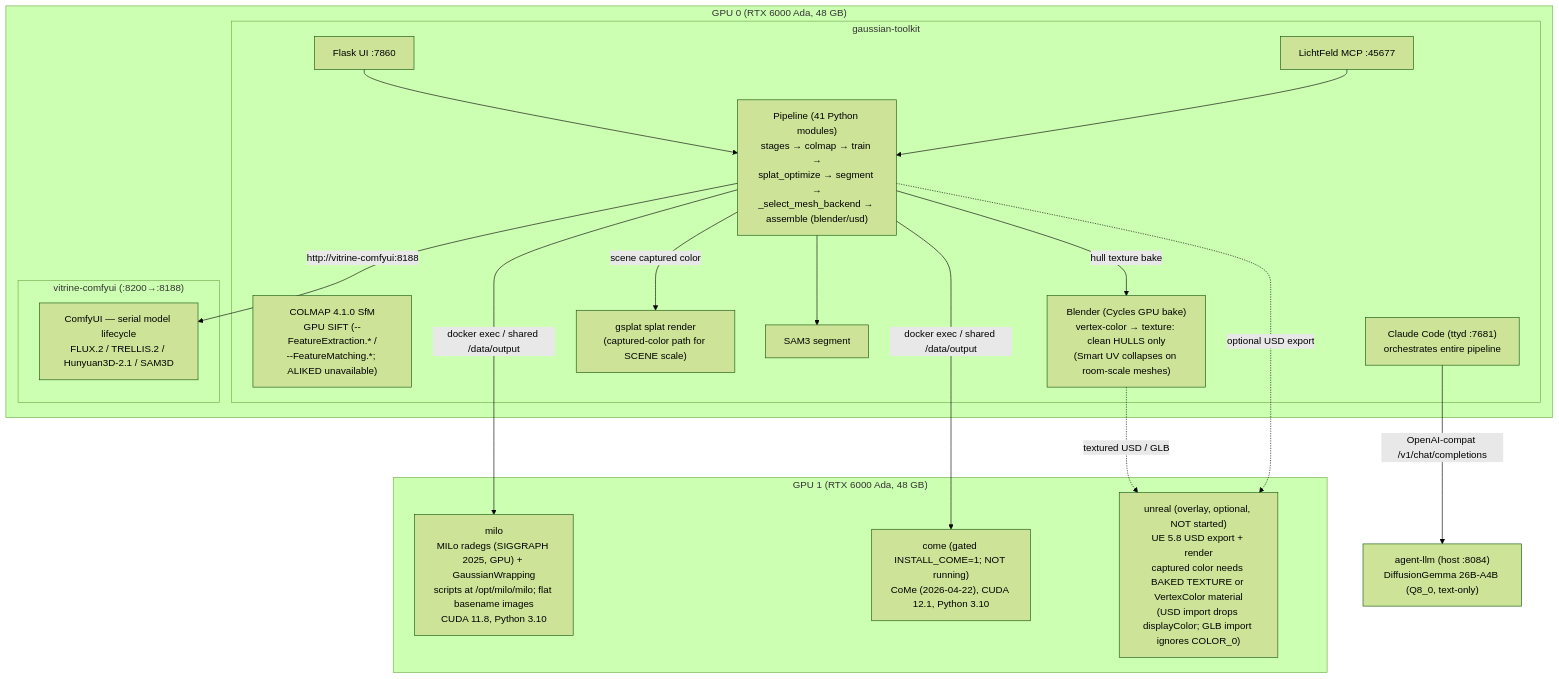
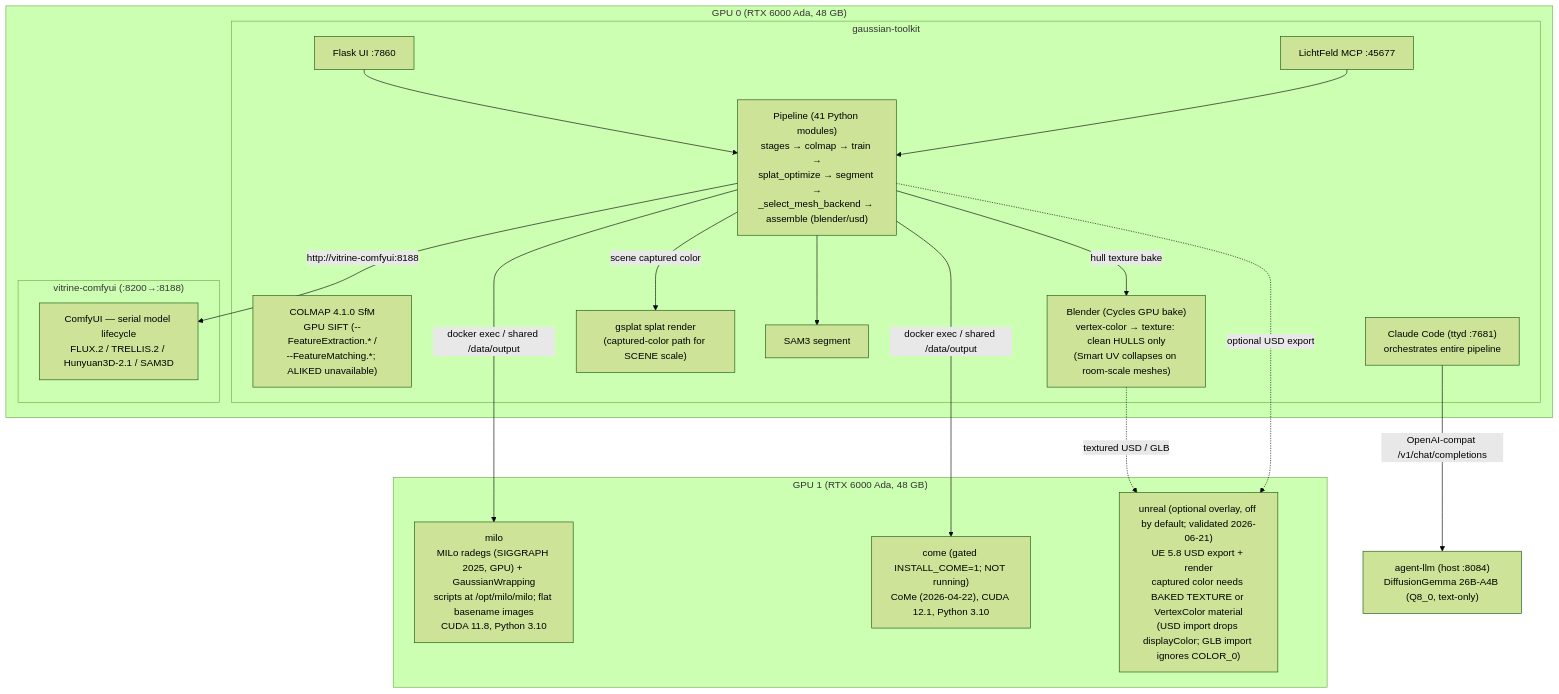
Before and after one commit to ArtechShadow/Vitrine: the diagram in docs/architecture.md, drawn with Mermaid (forest theme). The commit also changed other lines of this file and 21 other files, not shown here.

````diff
--- a/docs/architecture.md
+++ b/docs/architecture.md
@@ -85,38 +85,38 @@
 ```mermaid
 graph TB
   subgraph GPU0["GPU 0 (RTX 6000 Ada, 48 GB)"]
     subgraph GT["gaussian-toolkit"]
       FLASK["Flask UI :7860"]
       MCP["LichtFeld MCP :45677"]
       COLMAP["COLMAP 4.1.0 SfM<br/>GPU SIFT (--FeatureExtraction.* /<br/>--FeatureMatching.*; ALIKED unavailable)"]
       PIPE["Pipeline (41 Python modules)<br/>stages → colmap → train →<br/>splat_optimize → segment →<br/>_select_mesh_backend → assemble (blender/usd)"]
       BLENDER["Blender (Cycles GPU bake)<br/>vertex-color → texture: clean HULLS only<br/>(Smart UV collapses on room-scale meshes)"]
       SPLATRENDER["gsplat splat render<br/>(captured-color path for SCENE scale)"]
       SAM3["SAM3 segment"]
       CC["Claude Code (ttyd :7681)<br/>orchestrates entire pipeline"]
     end
     subgraph CFY["vitrine-comfyui (:8200→:8188)"]
       COMFY["ComfyUI — serial model lifecycle<br/>FLUX.2 / TRELLIS.2 / Hunyuan3D-2.1 / SAM3D"]
     end
   end
 
   subgraph GPU1["GPU 1 (RTX 6000 Ada, 48 GB)"]
     MILO["milo<br/>MILo radegs (SIGGRAPH 2025, GPU) + GaussianWrapping<br/>scripts at /opt/milo/milo; flat basename images<br/>CUDA 11.8, Python 3.10"]
     COME["come (gated INSTALL_COME=1; NOT running)<br/>CoMe (2026-04-22), CUDA 12.1, Python 3.10"]
-    UNREAL["unreal (overlay, optional, NOT started)<br/>UE 5.8 USD export + render<br/>captured color needs BAKED TEXTURE or VertexColor material<br/>(USD import drops displayColor; GLB import ignores COLOR_0)"]
+    UNREAL["unreal (optional overlay, off by default; validated 2026-06-21)<br/>UE 5.8 USD export + render<br/>captured color needs BAKED TEXTURE or VertexColor material<br/>(USD import drops displayColor; GLB import ignores COLOR_0)"]
   end
 
   AGENTLLM["agent-llm (host :8084)<br/>DiffusionGemma 26B-A4B (Q8_0, text-only)"]
 
   FLASK --> PIPE
   MCP --> PIPE
   PIPE -->|hull texture bake| BLENDER
   PIPE -->|scene captured color| SPLATRENDER
   PIPE --> SAM3
   PIPE -->|http://vitrine-comfyui:8188| COMFY
   PIPE -->|docker exec / shared /data/output| MILO
   PIPE -->|docker exec / shared /data/output| COME
   BLENDER -.->|textured USD / GLB| UNREAL
   PIPE -.->|optional USD export| UNREAL
   CC -->|OpenAI-compat /v1/chat/completions| AGENTLLM
 ```
````
